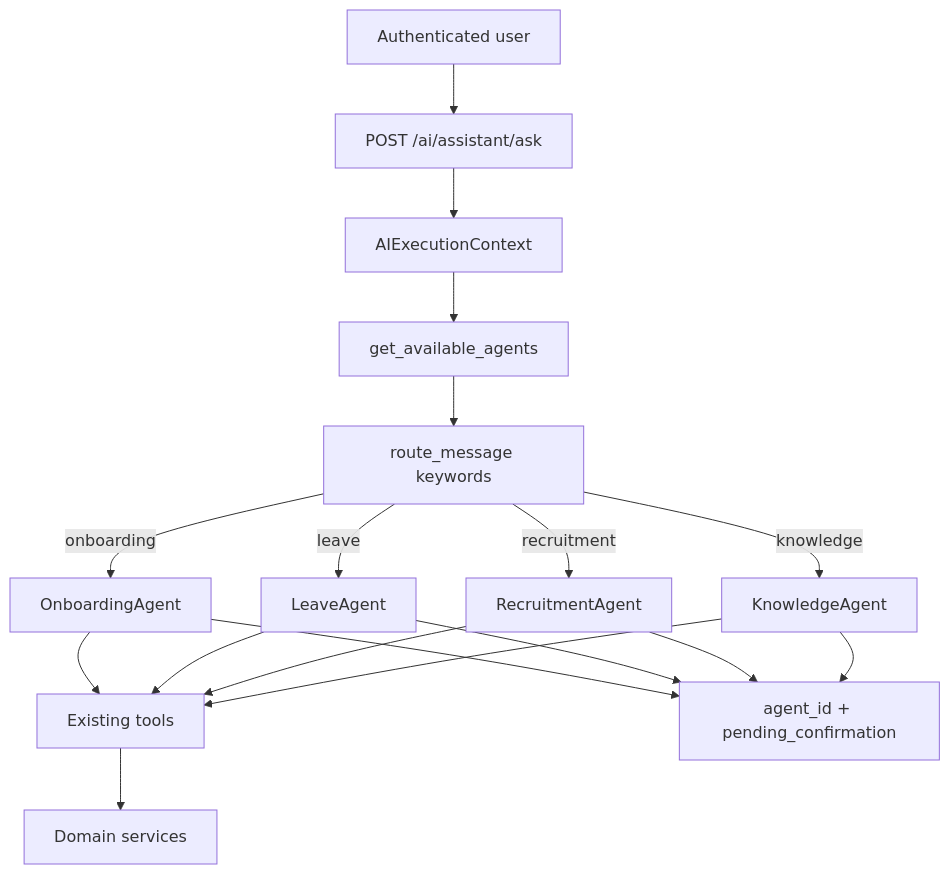
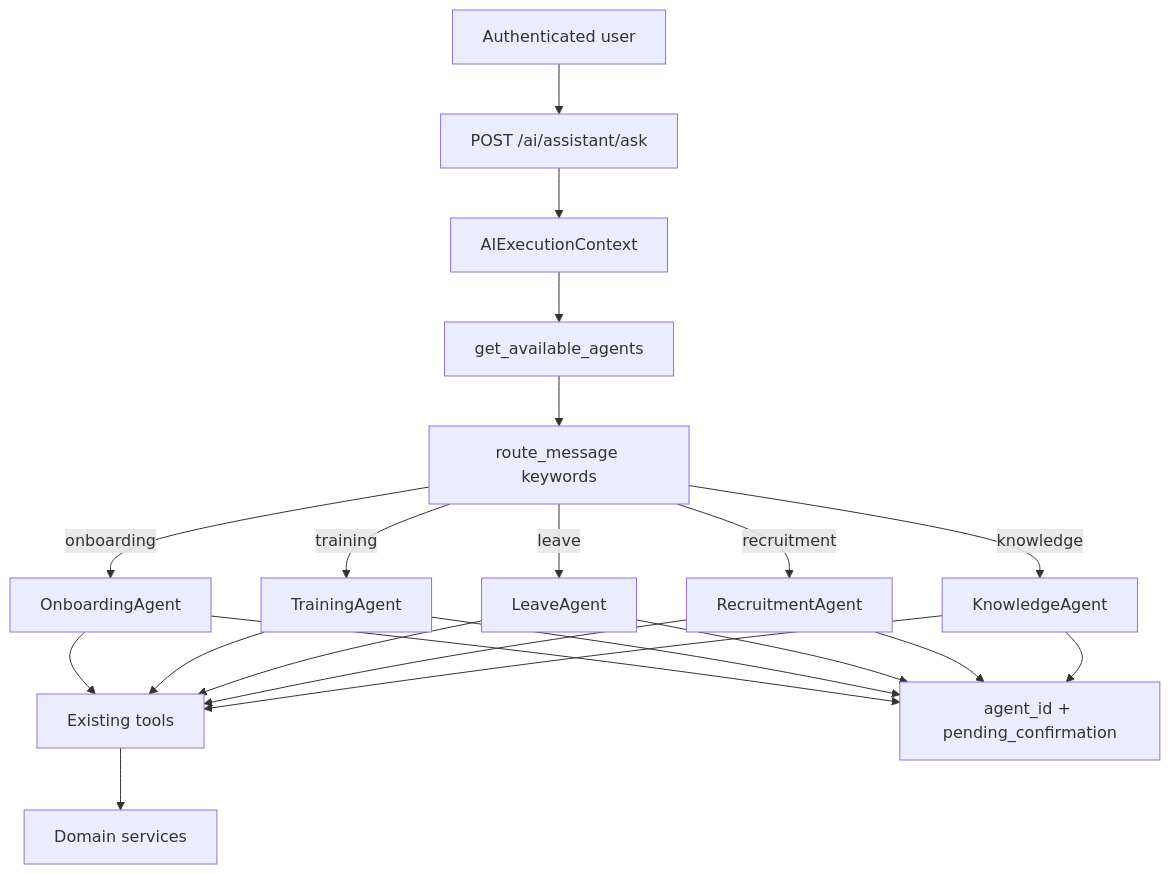
One commit to AnnyStevia/hr-multi-agentic-system changed the fifth of 6 diagrams in README.md. Above: the diagram before and after it, drawn with Mermaid. The commit also changed other lines of this file and 31 other files, not shown here.

First line of the commit message:
Add Training Agent with unified assistant integration (phases 10.2A–E).

````diff
--- a/README.md
+++ b/README.md
@@ -264,29 +265,33 @@
 ```mermaid
 flowchart TD
   User[Authenticated user]
   Ask[POST /ai/assistant/ask]
   Ctx[AIExecutionContext]
   Reg[get_available_agents]
   Route[route_message keywords]
   OA[OnboardingAgent]
+  TA[TrainingAgent]
   Leave[LeaveAgent]
   Rec[RecruitmentAgent]
   Know[KnowledgeAgent]
   Tools[Existing tools]
   Svc[Domain services]
   Env[agent_id + pending_confirmation]
 
   User --> Ask --> Ctx --> Reg --> Route
   Route -->|onboarding| OA
+  Route -->|training| TA
   Route -->|leave| Leave
   Route -->|recruitment| Rec
   Route -->|knowledge| Know
   OA --> Tools --> Svc
+  TA --> Tools
   Leave --> Tools
   Rec --> Tools
   Know --> Tools
   OA --> Env
+  TA --> Env
   Leave --> Env
   Rec --> Env
   Know --> Env
 ```
````
